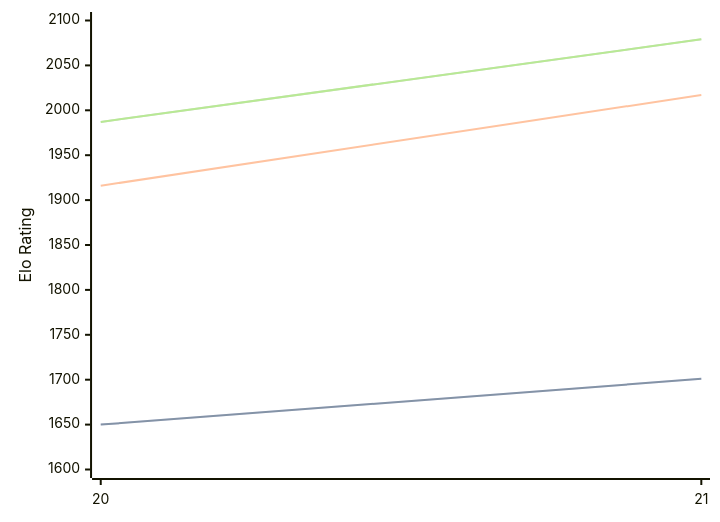
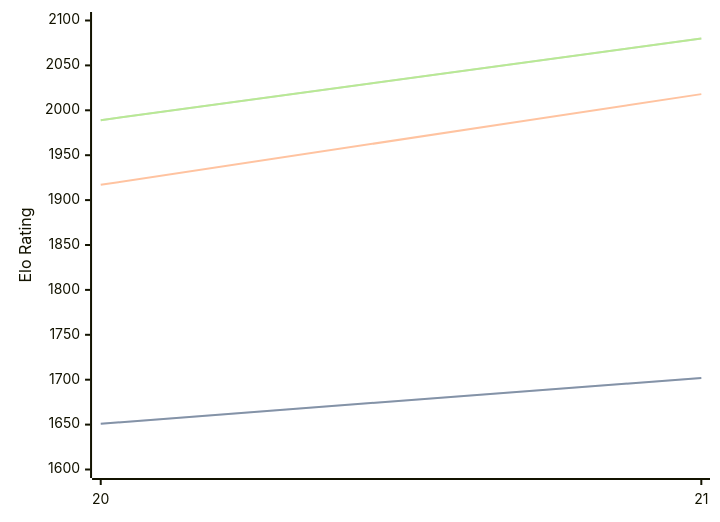
One commit to computer-chess-index/cci changed the diagram in engines/PurplePanda.md. Above: the diagram before and after it, drawn with Mermaid. The commit also changed other lines of this file, not shown here.

Commit message:
Update CCI Ratings (ELO VLTC) - 2026-10-09

````diff
--- a/engines/PurplePanda.md
+++ b/engines/PurplePanda.md
@@ -32,11 +32,11 @@
 ```mermaid
 %%{init: {"theme":"base","themeVariables":{"seriesColors:['#a3a3a3','#222221','#faa371']}}}%%
 xychart-beta
   x-axis ["20", "21"]
   y-axis "Elo Rating" 1600 --> 2100
-  line "" [1650, 1701]
-  line "STC (8.0+0.08s)" [1650, 1701]
-  line "LTC (60.0+0.60s)" [1916, 2017]
-  line "" [1987, 2079]
-  line "VLTC (2m24s+1.12s)" [1987, 2079]
+  line "" [1651, 1702]
+  line "STC (8.0+0.08s)" [1651, 1702]
+  line "LTC (60.0+0.60s)" [1917, 2018]
+  line "" [1989, 2080]
+  line "VLTC (2m24s+1.12s)" [1989, 2080]
 ```
````
